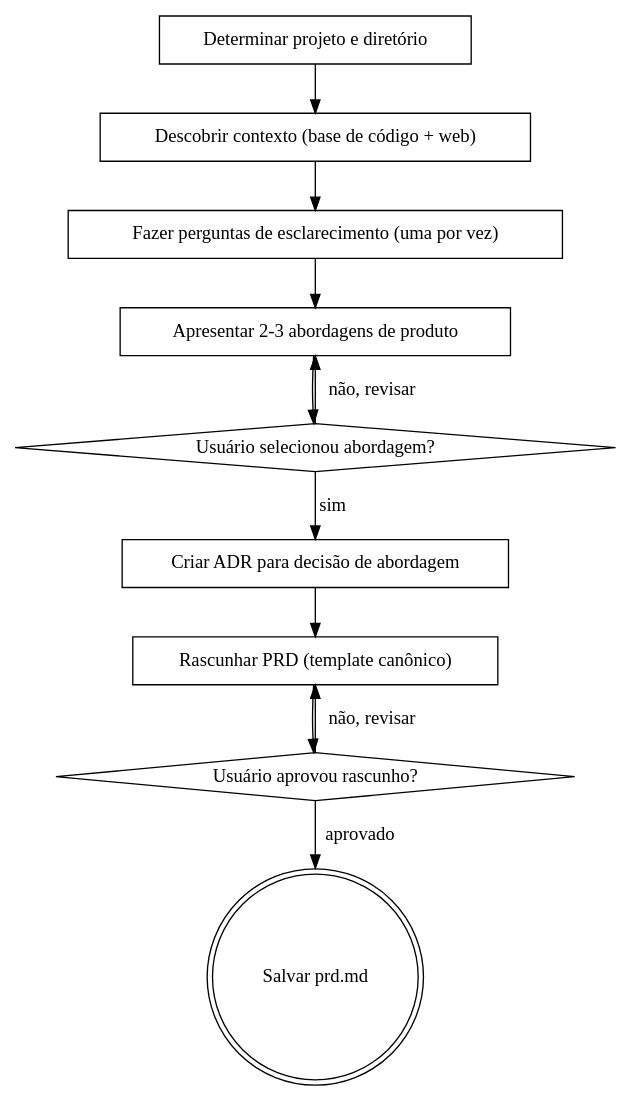
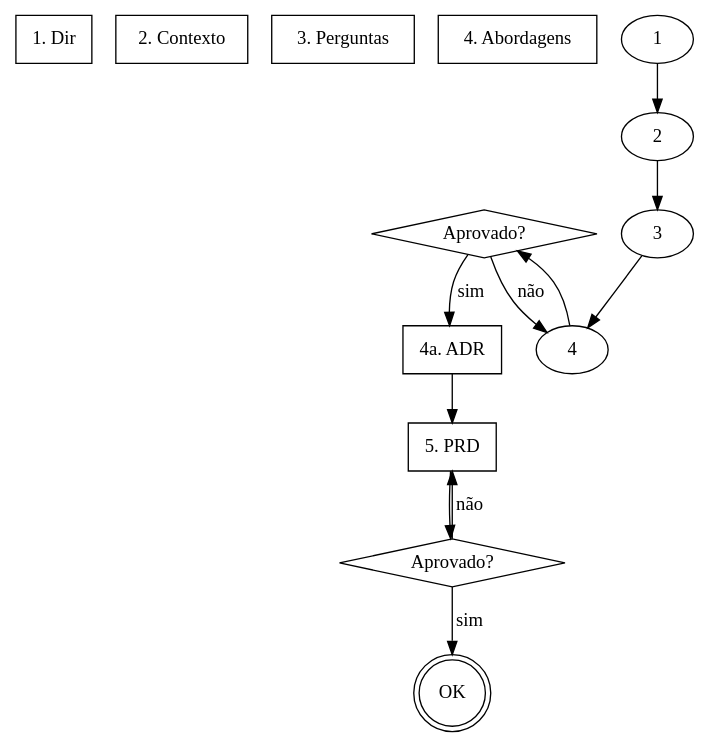
Before and after one commit to edsonbastos2/Solu-o-de-Cobran-a-IA: the diagram in .opencode/skills/cy-create-prd/SKILL.md, drawn with Graphviz. The commit also changed other lines of this file and 204 other files, not shown here.

````diff
--- a/.opencode/skills/cy-create-prd/SKILL.md
+++ b/.opencode/skills/cy-create-prd/SKILL.md
@@ -144,24 +144,20 @@
 ```dot
 digraph create_prd {
-    "Determinar projeto e diretório" [shape=box];
-    "Descobrir contexto (base de código + web)" [shape=box];
-    "Fazer perguntas de esclarecimento (uma por vez)" [shape=box];
-    "Apresentar 2-3 abordagens de produto" [shape=box];
-    "Usuário selecionou abordagem?" [shape=diamond];
-    "Criar ADR para decisão de abordagem" [shape=box];
-    "Rascunhar PRD (template canônico)" [shape=box];
-    "Usuário aprovou rascunho?" [shape=diamond];
-    "Salvar prd.md" [shape=doublecircle];
-
-    "Determinar projeto e diretório" -> "Descobrir contexto (base de código + web)";
-    "Descobrir contexto (base de código + web)" -> "Fazer perguntas de esclarecimento (uma por vez)";
-    "Fazer perguntas de esclarecimento (uma por vez)" -> "Apresentar 2-3 abordagens de produto";
-    "Apresentar 2-3 abordagens de produto" -> "Usuário selecionou abordagem?";
-    "Usuário selecionou abordagem?" -> "Apresentar 2-3 abordagens de produto" [label="não, revisar"];
-    "Usuário selecionou abordagem?" -> "Criar ADR para decisão de abordagem" [label="sim"];
-    "Criar ADR para decisão de abordagem" -> "Rascunhar PRD (template canônico)";
-    "Rascunhar PRD (template canônico)" -> "Usuário aprovou rascunho?";
-    "Usuário aprovou rascunho?" -> "Rascunhar PRD (template canônico)" [label="não, revisar"];
-    "Usuário aprovou rascunho?" -> "Salvar prd.md" [label="aprovado"];
+    "Determinar projeto e diretório" [shape=box label="1. Dir"];
+    "Descobrir contexto" [shape=box label="2. Contexto"];
+    "Fazer perguntas" [shape=box label="3. Perguntas"];
+    "Apresentar 2-3 abordagens" [shape=box label="4. Abordagens"];
+    "Usuário selecionou?" [shape=diamond label="Aprovado?"];
+    "Criar ADR" [shape=box label="4a. ADR"];
+    "Rascunhar PRD" [shape=box label="5. PRD"];
+    "Usuário aprovou rascunho?" [shape=diamond label="Aprovado?"];
+    "Salvar prd.md" [shape=doublecircle label="OK"];
+    1 -> 2 -> 3 -> 4 -> "Usuário selecionou?";
+    "Usuário selecionou?" -> 4 [label="não"];
+    "Usuário selecionou?" -> "Criar ADR" [label="sim"];
+    "Criar ADR" -> "Rascunhar PRD";
+    "Rascunhar PRD" -> "Usuário aprovou rascunho?";
+    "Usuário aprovou rascunho?" -> "Rascunhar PRD" [label="não"];
+    "Usuário aprovou rascunho?" -> "Salvar prd.md" [label="sim"];
 }
 ```
````
